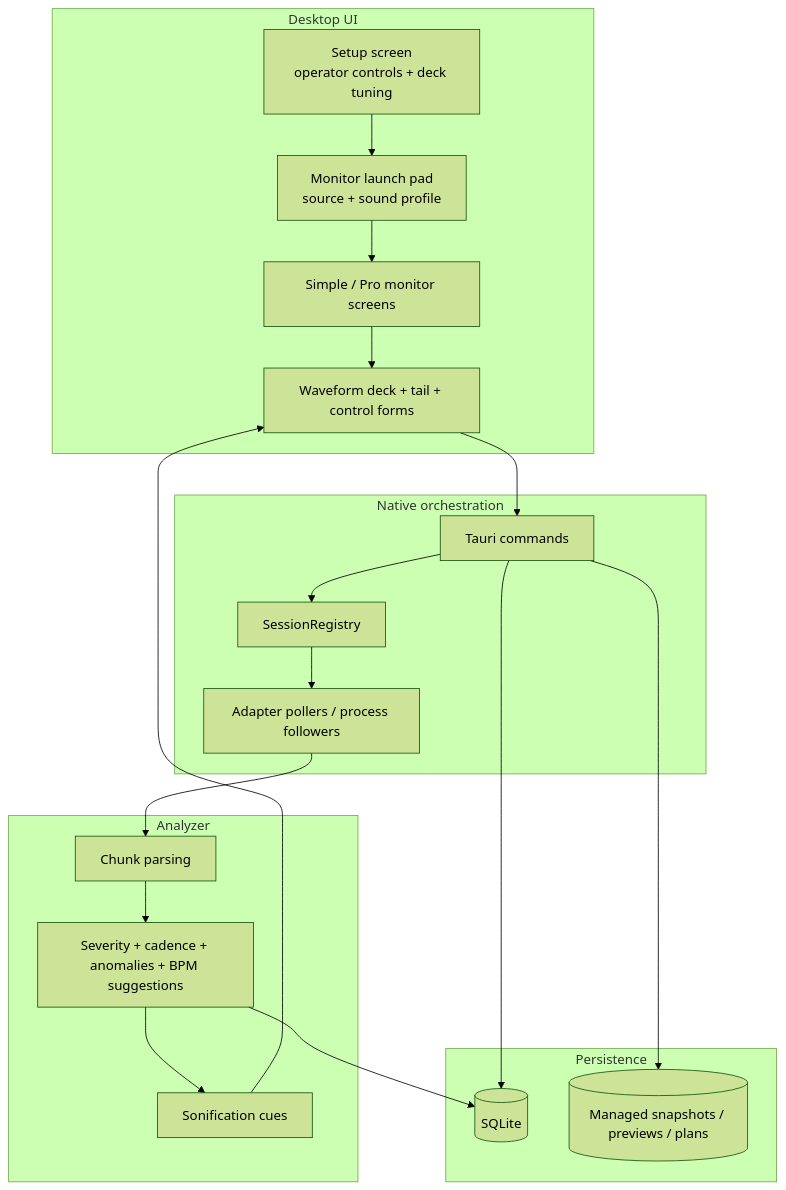
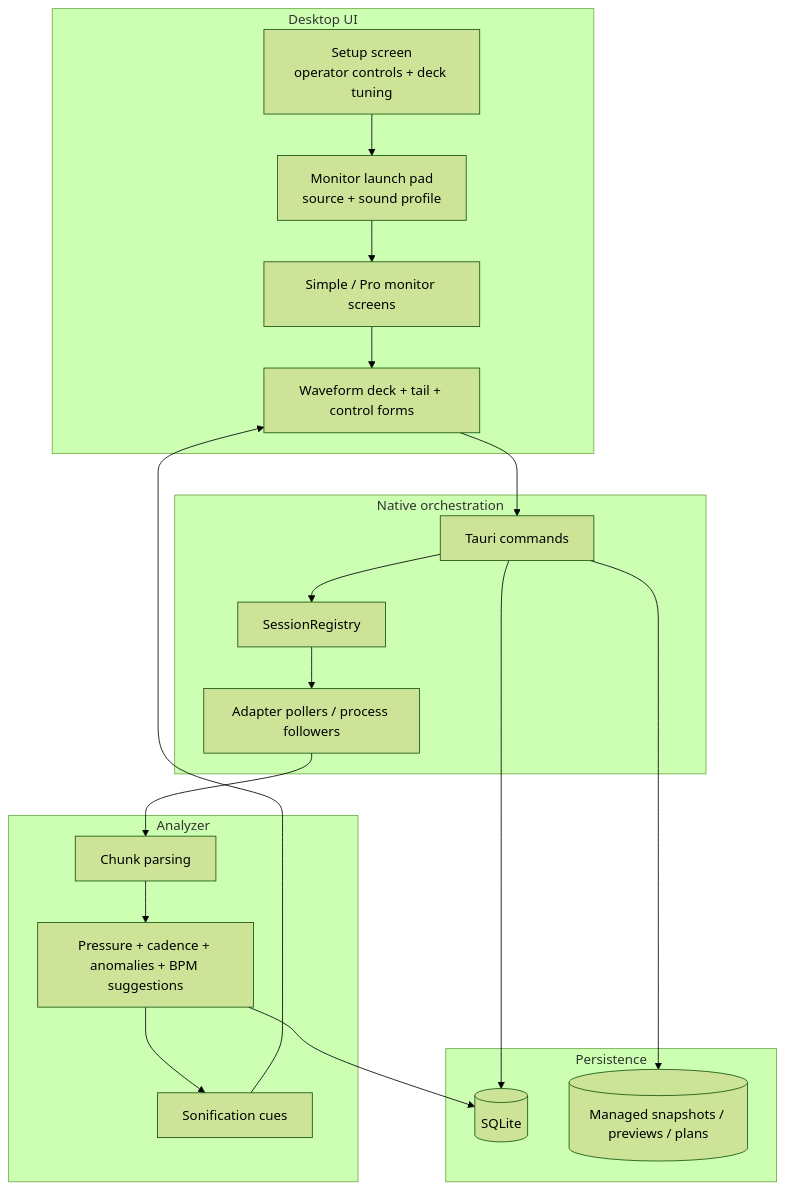
One commit to fabianaguero/maia changed the second of 8 diagrams in docs/architecture.md. Above: the diagram before and after it, drawn with Mermaid (forest theme). The commit also changed other lines of this file and 12 other files, not shown here.

Commit message:
docs(product): update signal streams roadmap

````diff
--- a/docs/architecture.md
+++ b/docs/architecture.md
@@ -41,40 +43,40 @@
 ```mermaid
 flowchart TD
   subgraph UI["Desktop UI"]
     Setup[Setup screen<br/>operator controls + deck tuning]
     Launch[Monitor launch pad<br/>source + sound profile]
     Monitor[Simple / Pro monitor screens]
     Deck[Waveform deck + tail + control forms]
   end
 
   subgraph Native["Native orchestration"]
     Commands[Tauri commands]
     Registry[SessionRegistry]
     Pollers[Adapter pollers / process followers]
   end
 
   subgraph Analysis["Analyzer"]
     Parse[Chunk parsing]
-    Metrics[Severity + cadence + anomalies + BPM suggestions]
+    Metrics[Pressure + cadence + anomalies + BPM suggestions]
     Cues[Sonification cues]
   end
 
   subgraph Persistence["Persistence"]
     DB[(SQLite)]
     Files[(Managed snapshots / previews / plans)]
   end
 
   Setup --> Launch
   Launch --> Monitor
   Monitor --> Deck
   Deck --> Commands
   Commands --> Registry
   Registry --> Pollers
   Pollers --> Parse
   Parse --> Metrics
   Metrics --> Cues
   Cues --> Deck
   Commands --> DB
   Commands --> Files
   Metrics --> DB
 ```
````
